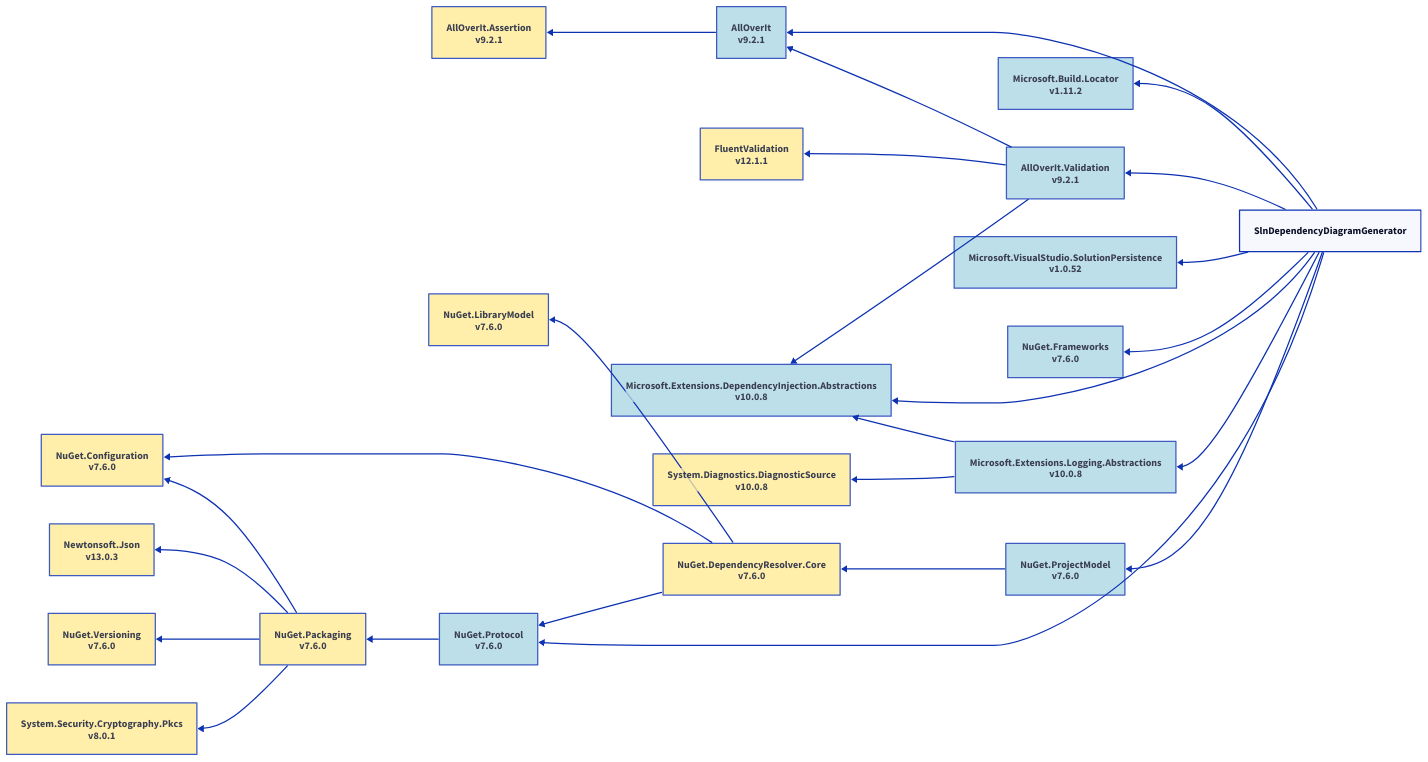
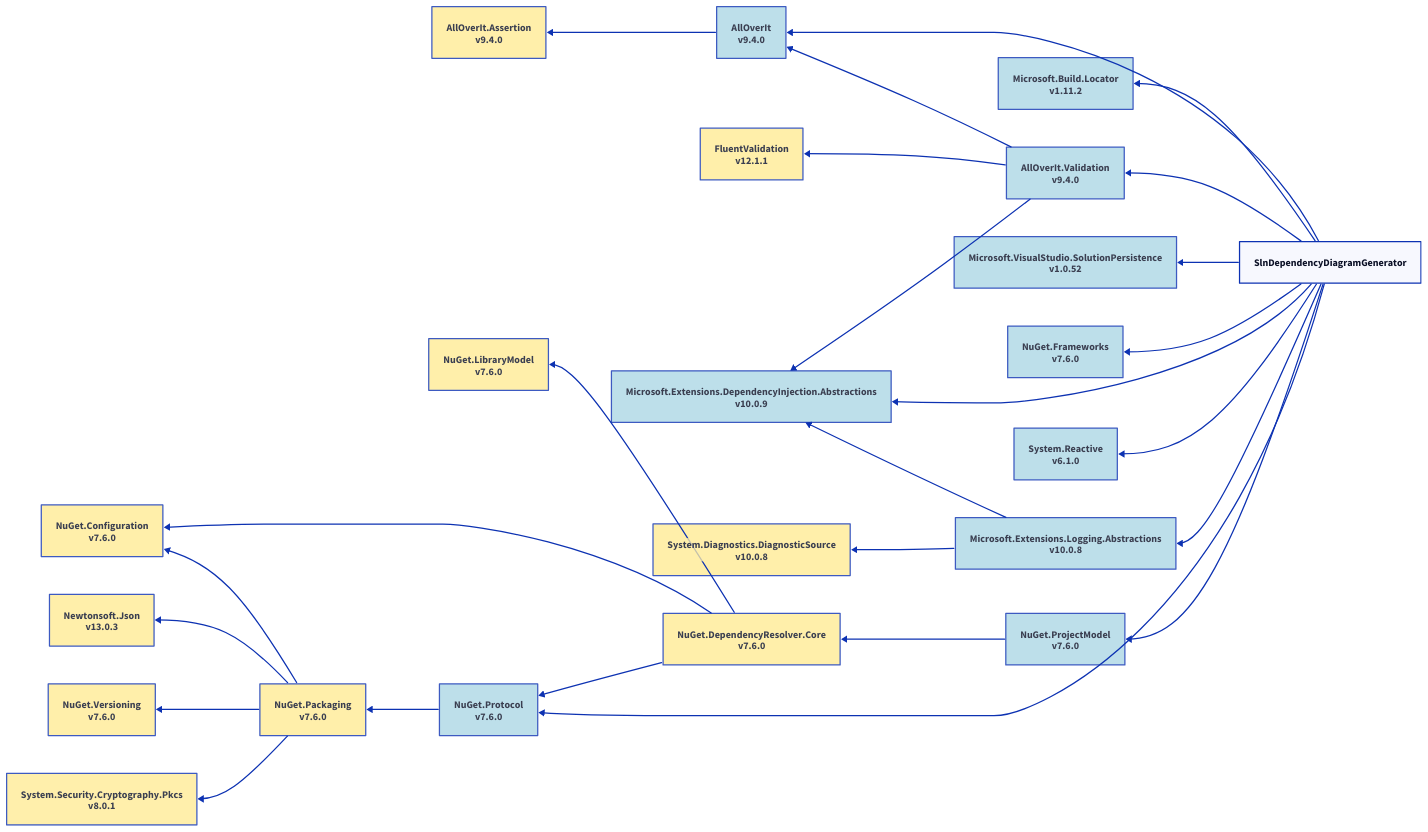
Before and after one commit to mjfreelancing/SlnDependencyDiagramGenerator: the diagram in Samples/Output/net9.0/d2/slndependencydiagramgenerator.d2, drawn with D2. The commit also changed 62 other files, not shown here.

Commit message:
Sample diagram updates

```diff
--- a/Samples/Output/net9.0/d2/slndependencydiagramgenerator.d2
+++ b/Samples/Output/net9.0/d2/slndependencydiagramgenerator.d2
@@ -1,84 +1,88 @@
 direction: left
 
 slndependencydiagramgenerator: SlnDependencyDiagramGenerator
-alloverit_9-2-1: AllOverIt\nv9.2.1
-alloverit-assertion_9-2-1: AllOverIt.Assertion\nv9.2.1
-alloverit-validation_9-2-1: AllOverIt.Validation\nv9.2.1
+alloverit_9-4-0: AllOverIt\nv9.4.0
+alloverit-assertion_9-4-0: AllOverIt.Assertion\nv9.4.0
+alloverit-validation_9-4-0: AllOverIt.Validation\nv9.4.0
 fluentvalidation_12-1-1: FluentValidation\nv12.1.1
-microsoft-extensions-dependencyinjection-abstractions_10-0-8: Microsoft.Extensions.DependencyInjection.Abstractions\nv10.0.8
+microsoft-extensions-dependencyinjection-abstractions_10-0-9: Microsoft.Extensions.DependencyInjection.Abstractions\nv10.0.9
 microsoft-build-locator_1-11-2: Microsoft.Build.Locator\nv1.11.2
 microsoft-extensions-logging-abstractions_10-0-8: Microsoft.Extensions.Logging.Abstractions\nv10.0.8
 system-diagnostics-diagnosticsource_10-0-8: System.Diagnostics.DiagnosticSource\nv10.0.8
 microsoft-visualstudio-solutionpersistence_1-0-52: Microsoft.VisualStudio.SolutionPersistence\nv1.0.52
 nuget-frameworks_7-6-0: NuGet.Frameworks\nv7.6.0
 nuget-projectmodel_7-6-0: NuGet.ProjectModel\nv7.6.0
 nuget-dependencyresolver-core_7-6-0: NuGet.DependencyResolver.Core\nv7.6.0
 nuget-configuration_7-6-0: NuGet.Configuration\nv7.6.0
 nuget-librarymodel_7-6-0: NuGet.LibraryModel\nv7.6.0
 nuget-protocol_7-6-0: NuGet.Protocol\nv7.6.0
 nuget-packaging_7-6-0: NuGet.Packaging\nv7.6.0
 newtonsoft-json_13-0-3: Newtonsoft.Json\nv13.0.3
 nuget-versioning_7-6-0: NuGet.Versioning\nv7.6.0
 system-security-cryptography-pkcs_8-0-1: System.Security.Cryptography.Pkcs\nv8.0.1
-alloverit_9-2-1 <- slndependencydiagramgenerator
-alloverit-assertion_9-2-1 <- alloverit_9-2-1
-alloverit-validation_9-2-1 <- slndependencydiagramgenerator
-alloverit_9-2-1 <- alloverit-validation_9-2-1
-fluentvalidation_12-1-1 <- alloverit-validation_9-2-1
-microsoft-extensions-dependencyinjection-abstractions_10-0-8 <- alloverit-validation_9-2-1
+system-reactive_6-1-0: System.Reactive\nv6.1.0
+alloverit_9-4-0 <- slndependencydiagramgenerator
+alloverit-assertion_9-4-0 <- alloverit_9-4-0
+alloverit-validation_9-4-0 <- slndependencydiagramgenerator
+alloverit_9-4-0 <- alloverit-validation_9-4-0
+fluentvalidation_12-1-1 <- alloverit-validation_9-4-0
+microsoft-extensions-dependencyinjection-abstractions_10-0-9 <- alloverit-validation_9-4-0
 microsoft-build-locator_1-11-2 <- slndependencydiagramgenerator
-microsoft-extensions-dependencyinjection-abstractions_10-0-8 <- slndependencydiagramgenerator
+microsoft-extensions-dependencyinjection-abstractions_10-0-9 <- slndependencydiagramgenerator
 microsoft-extensions-logging-abstractions_10-0-8 <- slndependencydiagramgenerator
-microsoft-extensions-dependencyinjection-abstractions_10-0-8 <- microsoft-extensions-logging-abstractions_10-0-8
+microsoft-extensions-dependencyinjection-abstractions_10-0-9 <- microsoft-extensions-logging-abstractions_10-0-8
 system-diagnostics-diagnosticsource_10-0-8 <- microsoft-extensions-logging-abstractions_10-0-8
 microsoft-visualstudio-solutionpersistence_1-0-52 <- slndependencydiagramgenerator
 nuget-frameworks_7-6-0 <- slndependencydiagramgenerator
 nuget-projectmodel_7-6-0 <- slndependencydiagramgenerator
 nuget-dependencyresolver-core_7-6-0 <- nuget-projectmodel_7-6-0
 nuget-configuration_7-6-0 <- nuget-dependencyresolver-core_7-6-0
 nuget-librarymodel_7-6-0 <- nuget-dependencyresolver-core_7-6-0
 nuget-protocol_7-6-0 <- nuget-dependencyresolver-core_7-6-0
 nuget-protocol_7-6-0 <- slndependencydiagramgenerator
 nuget-packaging_7-6-0 <- nuget-protocol_7-6-0
 newtonsoft-json_13-0-3 <- nuget-packaging_7-6-0
 nuget-configuration_7-6-0 <- nuget-packaging_7-6-0
 nuget-versioning_7-6-0 <- nuget-packaging_7-6-0
 system-security-cryptography-pkcs_8-0-1 <- nuget-packaging_7-6-0
-alloverit_9-2-1.style.fill: "#ADD8E6"
-alloverit_9-2-1.style.opacity: 0.8
-alloverit-assertion_9-2-1.style.fill: "#FFEC96"
-alloverit-assertion_9-2-1.style.opacity: 0.8
-alloverit-validation_9-2-1.style.fill: "#ADD8E6"
-alloverit-validation_9-2-1.style.opacity: 0.8
+system-reactive_6-1-0 <- slndependencydiagramgenerator
+alloverit_9-4-0.style.fill: "#ADD8E6"
+alloverit_9-4-0.style.opacity: 0.8
+alloverit-assertion_9-4-0.style.fill: "#FFEC96"
+alloverit-assertion_9-4-0.style.opacity: 0.8
+alloverit-validation_9-4-0.style.fill: "#ADD8E6"
+alloverit-validation_9-4-0.style.opacity: 0.8
 fluentvalidation_12-1-1.style.fill: "#FFEC96"
 fluentvalidation_12-1-1.style.opacity: 0.8
-microsoft-extensions-dependencyinjection-abstractions_10-0-8.style.fill: "#ADD8E6"
-microsoft-extensions-dependencyinjection-abstractions_10-0-8.style.opacity: 0.8
+microsoft-extensions-dependencyinjection-abstractions_10-0-9.style.fill: "#ADD8E6"
+microsoft-extensions-dependencyinjection-abstractions_10-0-9.style.opacity: 0.8
 microsoft-build-locator_1-11-2.style.fill: "#ADD8E6"
 microsoft-build-locator_1-11-2.style.opacity: 0.8
 microsoft-extensions-logging-abstractions_10-0-8.style.fill: "#ADD8E6"
 microsoft-extensions-logging-abstractions_10-0-8.style.opacity: 0.8
 system-diagnostics-diagnosticsource_10-0-8.style.fill: "#FFEC96"
 system-diagnostics-diagnosticsource_10-0-8.style.opacity: 0.8
 microsoft-visualstudio-solutionpersistence_1-0-52.style.fill: "#ADD8E6"
 microsoft-visualstudio-solutionpersistence_1-0-52.style.opacity: 0.8
 nuget-frameworks_7-6-0.style.fill: "#ADD8E6"
 nuget-frameworks_7-6-0.style.opacity: 0.8
 nuget-projectmodel_7-6-0.style.fill: "#ADD8E6"
 nuget-projectmodel_7-6-0.style.opacity: 0.8
 nuget-dependencyresolver-core_7-6-0.style.fill: "#FFEC96"
 nuget-dependencyresolver-core_7-6-0.style.opacity: 0.8
 nuget-configuration_7-6-0.style.fill: "#FFEC96"
 nuget-configuration_7-6-0.style.opacity: 0.8
 nuget-librarymodel_7-6-0.style.fill: "#FFEC96"
 nuget-librarymodel_7-6-0.style.opacity: 0.8
 nuget-protocol_7-6-0.style.fill: "#ADD8E6"
 nuget-protocol_7-6-0.style.opacity: 0.8
 nuget-packaging_7-6-0.style.fill: "#FFEC96"
 nuget-packaging_7-6-0.style.opacity: 0.8
 newtonsoft-json_13-0-3.style.fill: "#FFEC96"
 newtonsoft-json_13-0-3.style.opacity: 0.8
 nuget-versioning_7-6-0.style.fill: "#FFEC96"
 nuget-versioning_7-6-0.style.opacity: 0.8
 system-security-cryptography-pkcs_8-0-1.style.fill: "#FFEC96"
 system-security-cryptography-pkcs_8-0-1.style.opacity: 0.8
+system-reactive_6-1-0.style.fill: "#ADD8E6"
+system-reactive_6-1-0.style.opacity: 0.8
```
